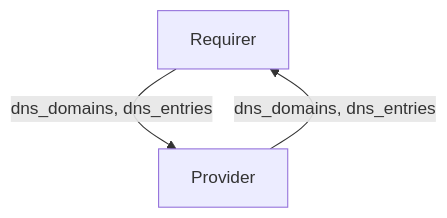
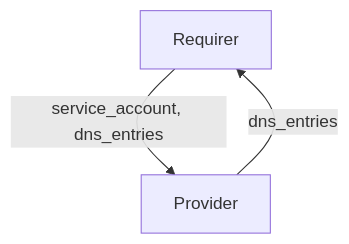
Before and after one commit to canonical/charm-relation-interfaces: the diagram in interfaces/dns_record/v0/README.md, drawn with Mermaid. The commit also changed other lines of this file and 3 other files, not shown here.

````diff
--- a/interfaces/dns_record/v0/README.md
+++ b/interfaces/dns_record/v0/README.md
@@ -10,5 +10,5 @@
 ```mermaid
 flowchart TD
-  Requirer -- dns_domains, dns_entries --> Provider
-  Provider -- dns_domains, dns_entries --> Requirer
+  Requirer -- service_account, dns_entries --> Provider
+  Provider -- dns_entries --> Requirer
 ```
````
